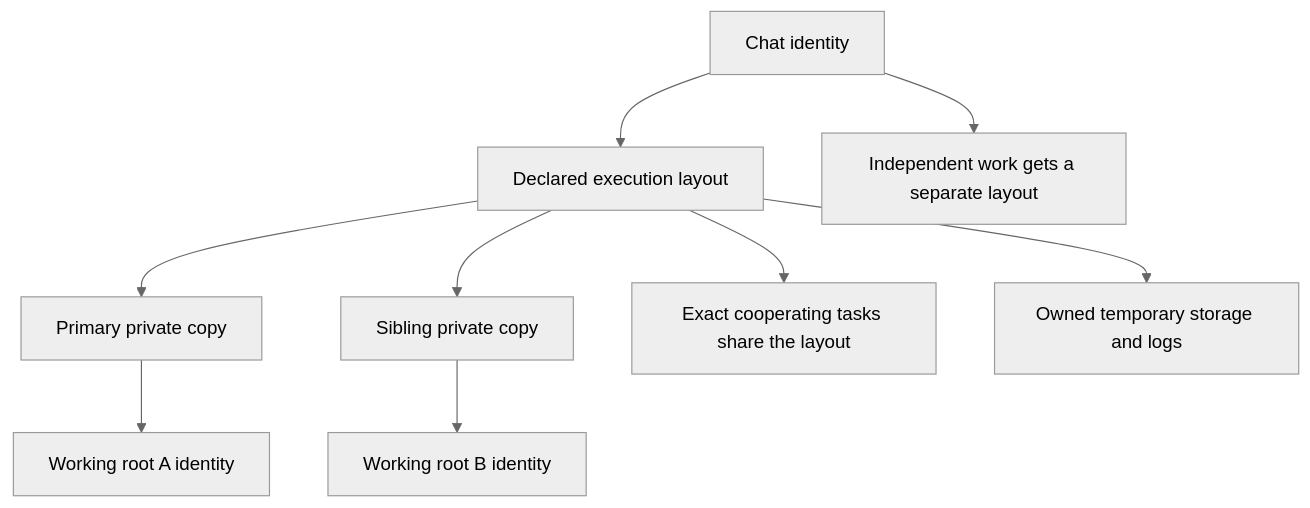
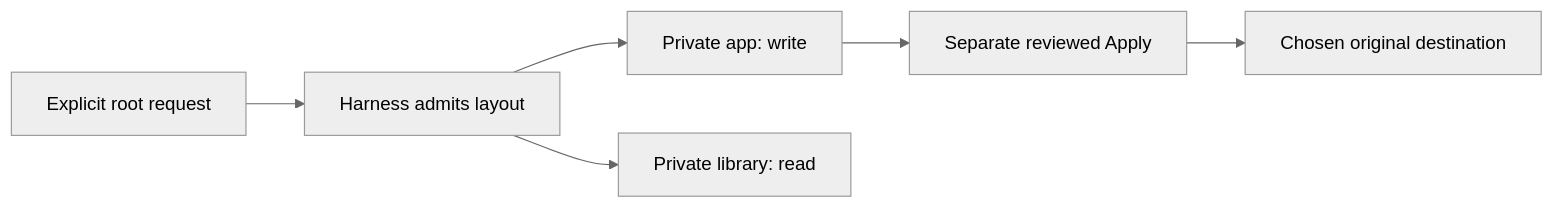
Before and after one commit to Agent-Field/CodeAF: the first of 2 diagrams in docs/architecture/workspaces-storage-relay.md, drawn with Mermaid (neutral theme). The commit also changed other lines of this file and 2 other files, not shown here.

````diff
--- a/docs/architecture/workspaces-storage-relay.md
+++ b/docs/architecture/workspaces-storage-relay.md
@@ -45,11 +52,8 @@
 ```mermaid
-flowchart TD
-    Chat[Chat identity] --> Layout[Declared execution layout]
-    Layout --> App[Primary private copy]
-    Layout --> Library[Sibling private copy]
-    App --> A[Working root A identity]
-    Library --> B[Working root B identity]
-    Layout --> Cooperation[Exact cooperating tasks share the layout]
-    Chat --> Independent[Independent work gets a separate layout]
-    Layout --> Runtime[Owned temporary storage and logs]
+flowchart LR
+    Request[Explicit root request] --> Admission[Harness admits layout]
+    Admission --> App[Private app: write]
+    Admission --> Library[Private library: read]
+    App --> Review[Separate reviewed Apply]
+    Review --> Original[Chosen original destination]
 ```
````
